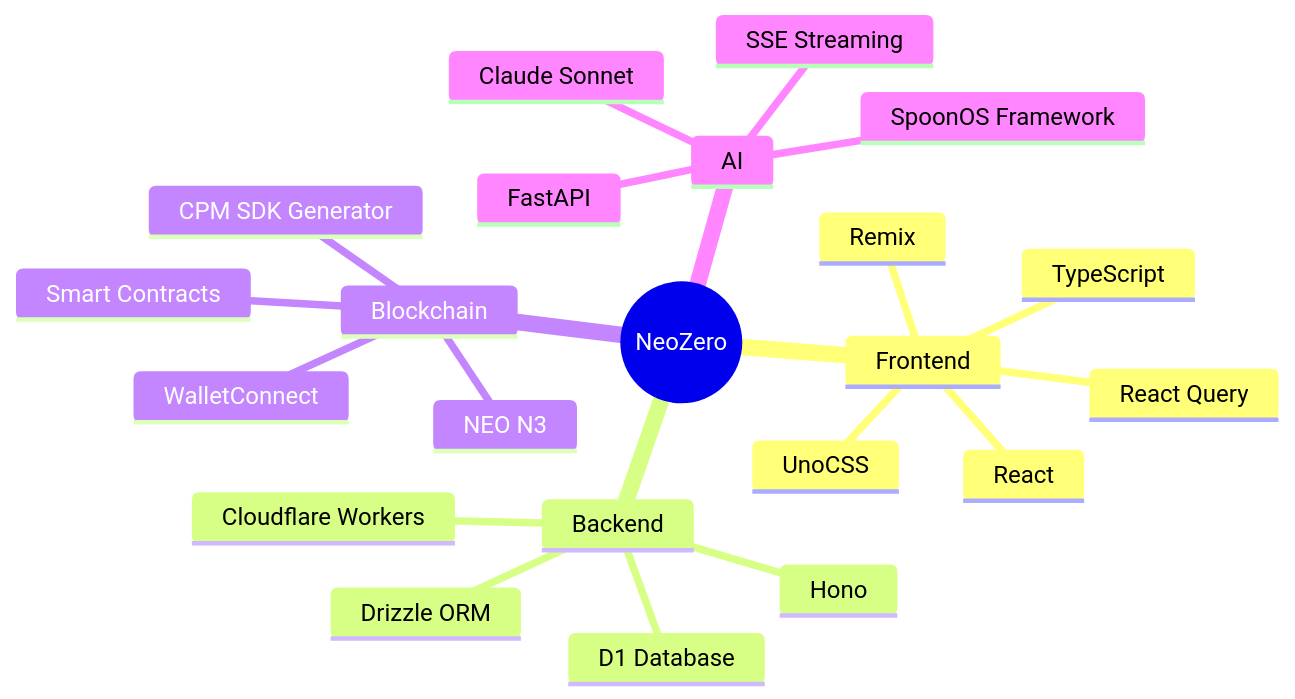
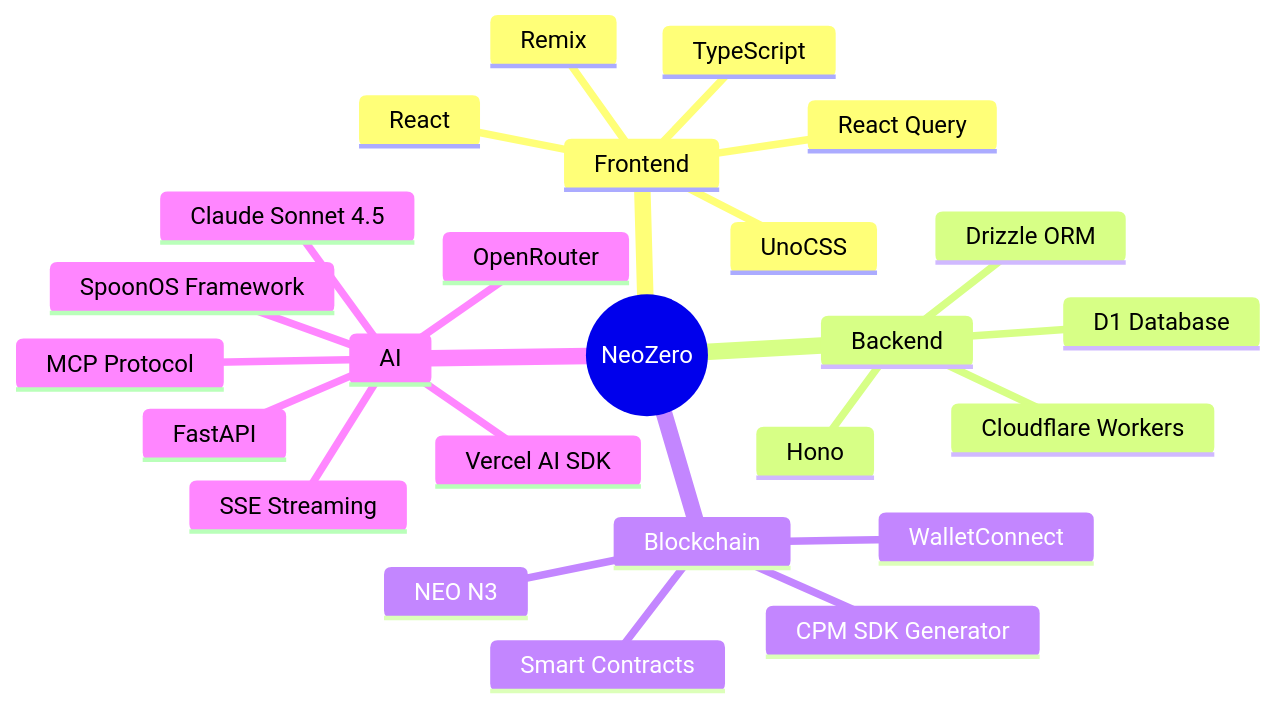
One commit to UyLeQuoc/neo-spoon-vibe-coding-app changed the fourth of 9 diagrams in docs/pitch-deck.md. Above: the diagram before and after it, drawn with Mermaid. The commit also changed other lines of this file and 1 other file, not shown here.

````diff
--- a/docs/pitch-deck.md
+++ b/docs/pitch-deck.md
@@ -203,25 +223,28 @@
 ```mermaid
 mindmap
   root((NeoZero))
     Frontend
       Remix
       React
       TypeScript
       UnoCSS
       React Query
     Backend
       Hono
       Cloudflare Workers
       Drizzle ORM
       D1 Database
     Blockchain
       NEO N3
       Smart Contracts
       CPM SDK Generator
       WalletConnect
     AI
       SpoonOS Framework
-      Claude Sonnet
+      MCP Protocol
+      Claude Sonnet 4.5
+      OpenRouter
+      Vercel AI SDK
       FastAPI
       SSE Streaming
 ```
````
